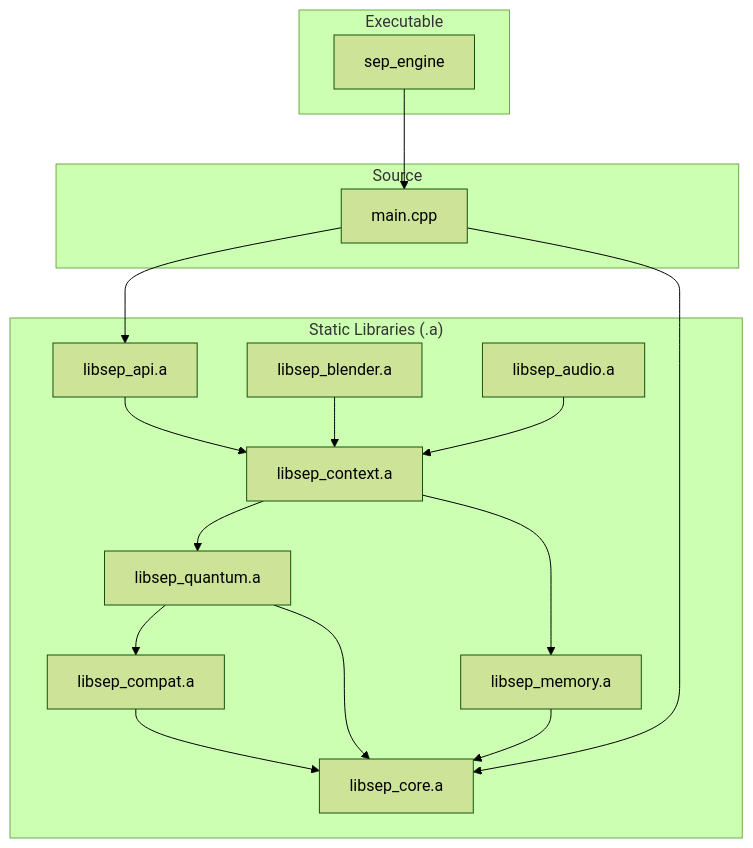
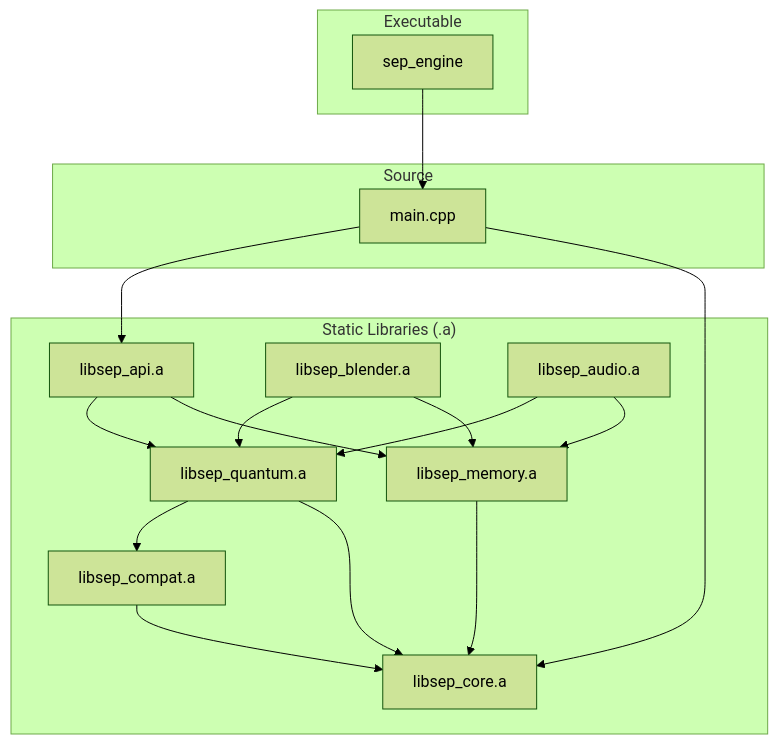
One commit to SepDynamics/sep changed the second of 9 diagrams in docs/ARCHITECTURE.md. Above: the diagram before and after it, drawn with Mermaid (forest theme). The commit also changed other lines of this file and 2 other files, not shown here.

First paragraph of the commit message:
feat: Refactor module dependencies and architecture
This commit introduces several architectural improvements and refactors module dependencies to enhance clarity, maintainability, and build efficiency.

````diff
--- a/docs/ARCHITECTURE.md
+++ b/docs/ARCHITECTURE.md
@@ -137,37 +141,36 @@
 ```mermaid
 graph TD
     subgraph Executable
         exe[sep_engine]
     end
 
     subgraph Source
         main[main.cpp]
     end
 
     subgraph "Static Libraries (.a)"
         api[libsep_api.a]
         blender[libsep_blender.a]
         audio[libsep_audio.a]
-        context[libsep_context.a]
         quantum[libsep_quantum.a]
         memory[libsep_memory.a]
         compat[libsep_compat.a]
         core[libsep_core.a]
     end
 
     exe --> main
     main --> api
     main --> core
 
-    api --> context
-    blender --> context
-    audio --> context
-
-    context --> quantum
-    context --> memory
+    api --> quantum
+    api --> memory
+    blender --> quantum
+    blender --> memory
+    audio --> quantum
+    audio --> memory
 
     quantum --> compat
     quantum --> core
     memory --> core
     compat --> core
 ```
````
